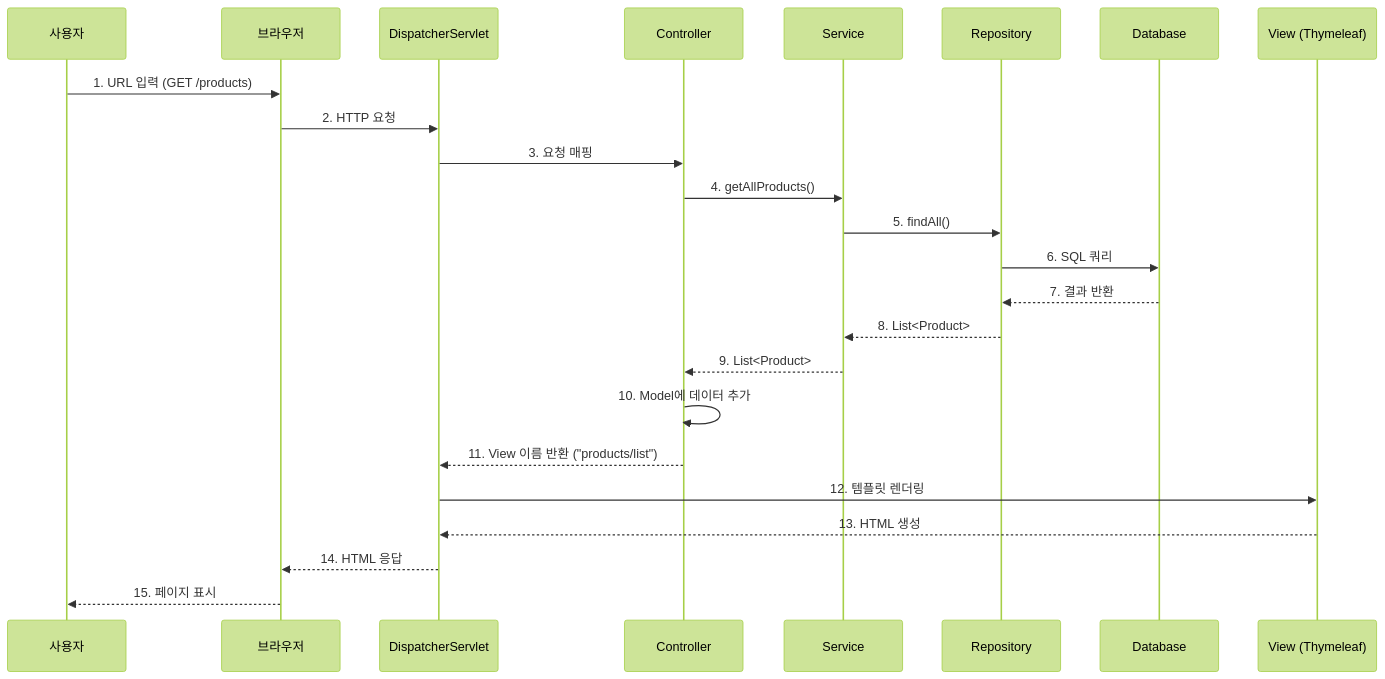
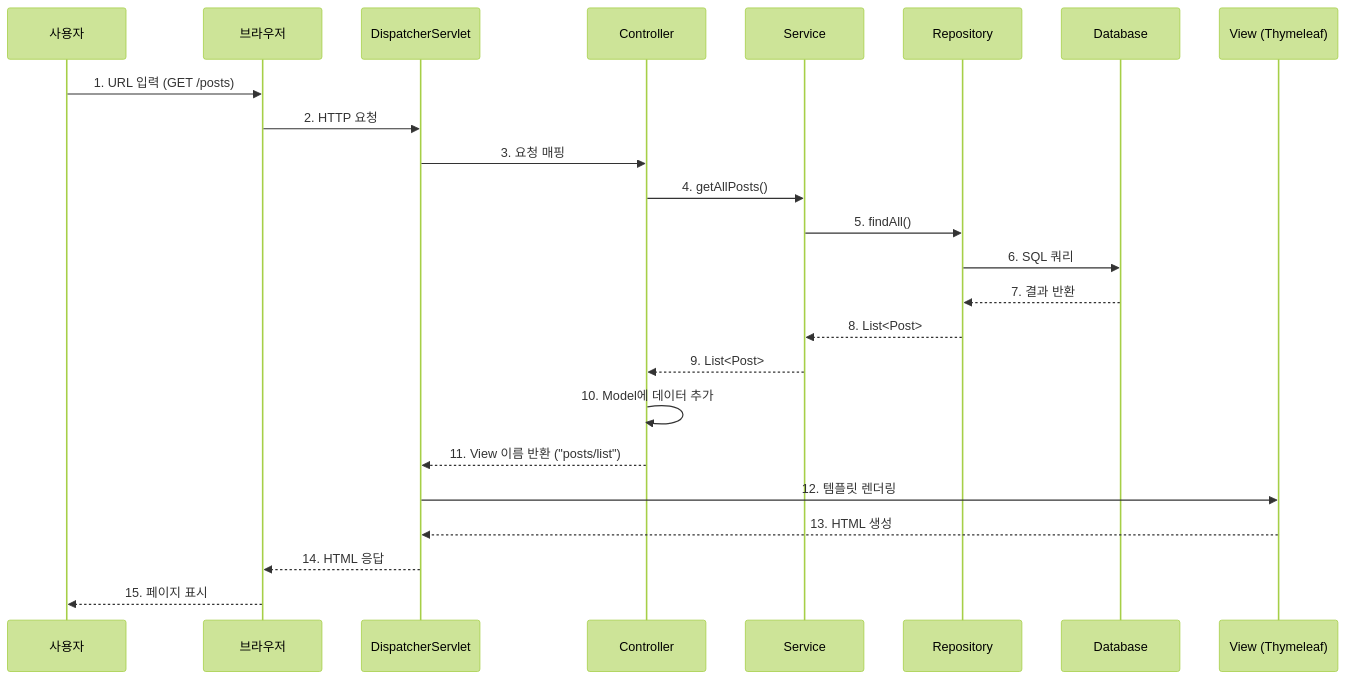
Before and after one commit to shaul1991/study-architecture: the ninth of 20 diagrams in architecture/mvc/README.md, drawn with Mermaid (forest theme). The commit also changed other lines of this file and 1 other file, not shown here.

First line of the commit message:
docs: Product 도메인에서 소셜 미디어 플랫폼으로 문서 업데이트

````diff
--- a/architecture/mvc/README.md
+++ b/architecture/mvc/README.md
@@ -504,27 +524,27 @@
 ```mermaid
 sequenceDiagram
     participant User as 사용자
     participant Browser as 브라우저
     participant DS as DispatcherServlet
     participant Ctrl as Controller
     participant Svc as Service
     participant Repo as Repository
     participant DB as Database
     participant View as View (Thymeleaf)
 
-    User->>Browser: 1. URL 입력 (GET /products)
+    User->>Browser: 1. URL 입력 (GET /posts)
     Browser->>DS: 2. HTTP 요청
     DS->>Ctrl: 3. 요청 매핑
-    Ctrl->>Svc: 4. getAllProducts()
+    Ctrl->>Svc: 4. getAllPosts()
     Svc->>Repo: 5. findAll()
     Repo->>DB: 6. SQL 쿼리
     DB-->>Repo: 7. 결과 반환
-    Repo-->>Svc: 8. List<Product>
-    Svc-->>Ctrl: 9. List<Product>
+    Repo-->>Svc: 8. List<Post>
+    Svc-->>Ctrl: 9. List<Post>
     Ctrl->>Ctrl: 10. Model에 데이터 추가
-    Ctrl-->>DS: 11. View 이름 반환 ("products/list")
+    Ctrl-->>DS: 11. View 이름 반환 ("posts/list")
     DS->>View: 12. 템플릿 렌더링
     View-->>DS: 13. HTML 생성
     DS-->>Browser: 14. HTML 응답
     Browser-->>User: 15. 페이지 표시
 ```
````
